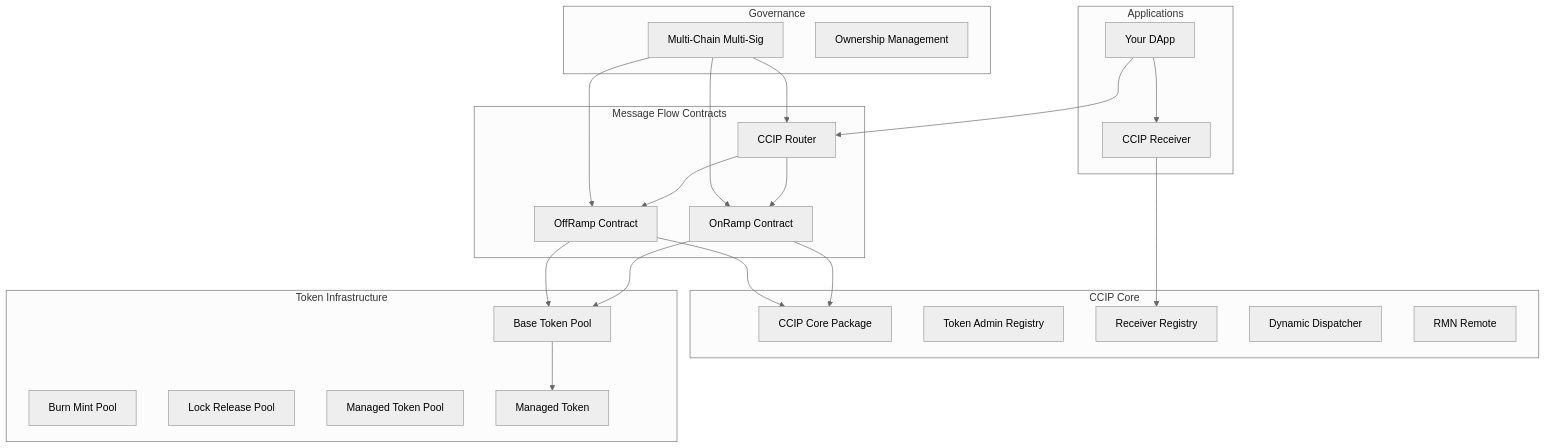
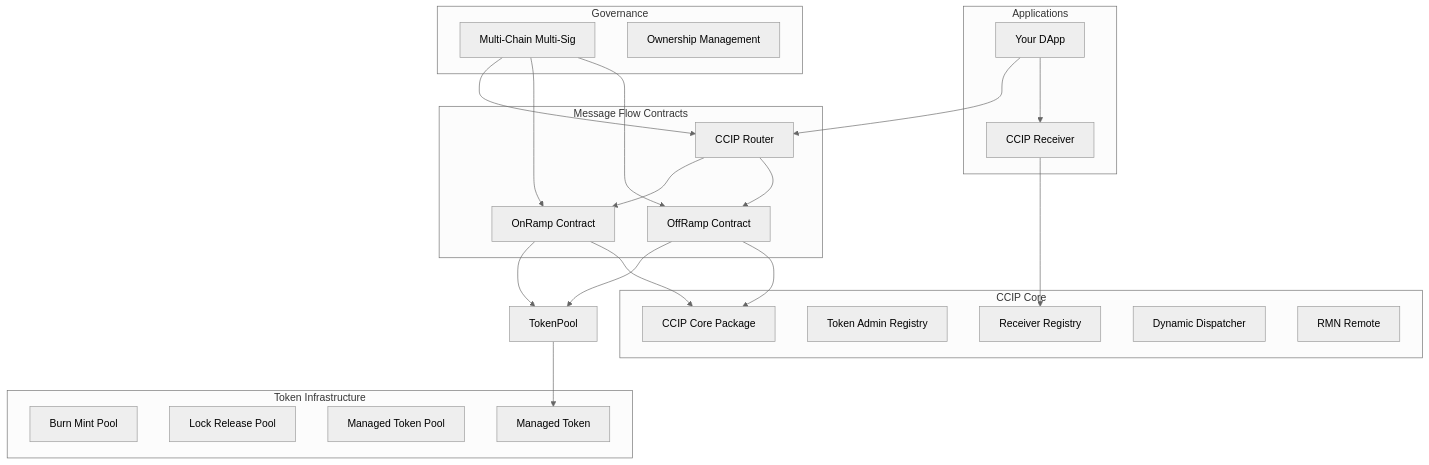
The diagram in documentation/contracts/overview.md (smartcontractkit/chainlink-sui), drawn with Mermaid (neutral theme) before and after one commit. The commit also changed other lines of this file and 6 other files, not shown here.

````diff
--- a/documentation/contracts/overview.md
+++ b/documentation/contracts/overview.md
@@ -9,48 +9,47 @@
 ```mermaid
 graph TB
     subgraph "CCIP Core"
         CCIPCore[CCIP Core Package]
         TokenAdminRegistry[Token Admin Registry]
         ReceiverRegistry[Receiver Registry]
         DynamicDispatcher[Dynamic Dispatcher]
         RMNRemote[RMN Remote]
     end
     
     subgraph "Message Flow Contracts"
         Router[CCIP Router]
         OnRamp[OnRamp Contract]
         OffRamp[OffRamp Contract]
     end
     
     subgraph "Token Infrastructure"
-        TokenPool[Base Token Pool]
         BurnMintPool[Burn Mint Pool]
         LockReleasePool[Lock Release Pool]
         ManagedTokenPool[Managed Token Pool]
         ManagedToken[Managed Token]
     end
     
     subgraph "Governance"
         MCMS[Multi-Chain Multi-Sig]
         Ownable[Ownership Management]
     end
     
     subgraph "Applications"
         YourDApp[Your DApp]
         CCIPReceiver[CCIP Receiver]
     end
     
     Router --> OnRamp
     Router --> OffRamp
     OnRamp --> TokenPool
     OffRamp --> TokenPool
     OnRamp --> CCIPCore
     OffRamp --> CCIPCore
     TokenPool --> ManagedToken
     MCMS --> Router
     MCMS --> OnRamp
     MCMS --> OffRamp
     YourDApp --> Router
     YourDApp --> CCIPReceiver
     CCIPReceiver --> ReceiverRegistry
 ```
````
